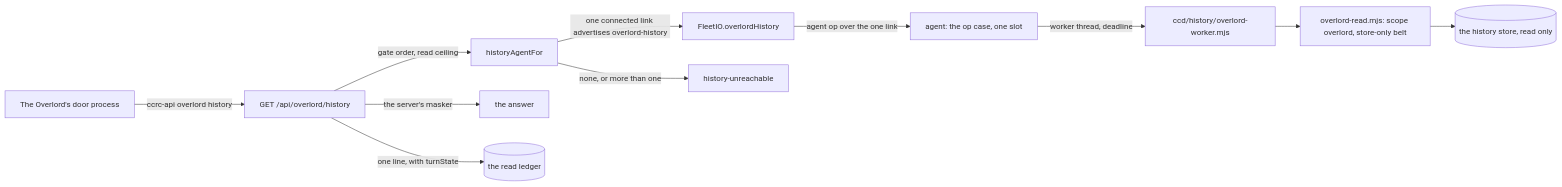
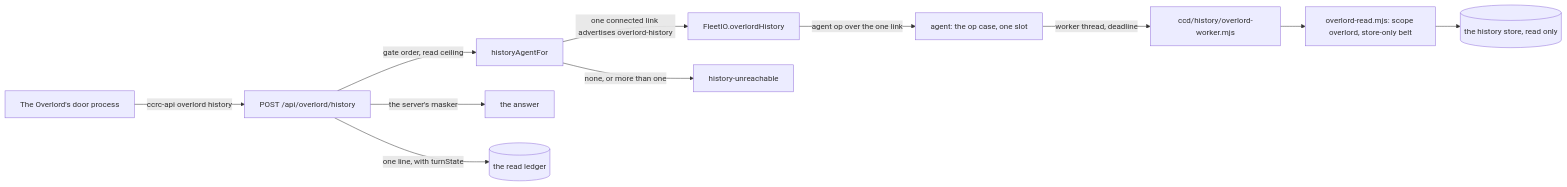
One commit to Synapsium-Labs/ccrc-pwa changed the diagram in docs/superpowers/plans/2026-11-14-overlord-w1/w1-board-history.md. Above: the diagram before and after it, drawn with Mermaid. The commit also changed other lines of this file, not shown here.

First line of the commit message:
docs(plan): the board and history plan after review 2108

````diff
--- a/docs/superpowers/plans/2026-11-14-overlord-w1/w1-board-history.md
+++ b/docs/superpowers/plans/2026-11-14-overlord-w1/w1-board-history.md
@@ -61,13 +62,13 @@
 ```mermaid
 flowchart LR
-  OV["The Overlord's door process"] -->|"ccrc-api overlord history"| DOOR["GET /api/overlord/history"]
+  OV["The Overlord's door process"] -->|"ccrc-api overlord history"| DOOR["POST /api/overlord/history"]
   DOOR -->|"gate order, read ceiling"| PICK["historyAgentFor"]
   PICK -->|"one connected link advertises overlord-history"| IO["FleetIO.overlordHistory"]
   PICK -->|"none, or more than one"| UNR["history-unreachable"]
   IO -->|"agent op over the one link"| AG["agent: the op case, one slot"]
   AG -->|"worker thread, deadline"| WK["ccd/history/overlord-worker.mjs"]
   WK --> MOD["overlord-read.mjs: scope overlord, store-only belt"]
   MOD --> STORE[("the history store, read only")]
   DOOR -->|"the server's masker"| OUT["the answer"]
   DOOR -->|"one line, with turnState"| LEDGER[("the read ledger")]
 ```
````
